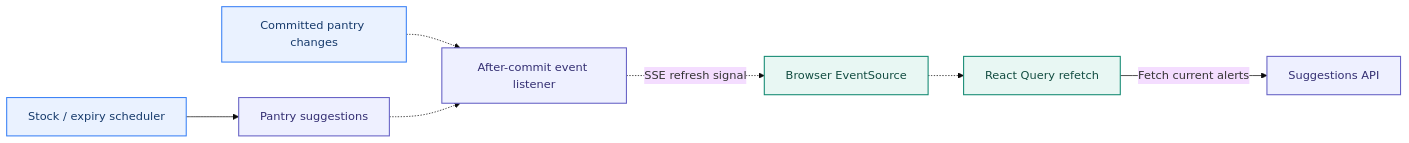
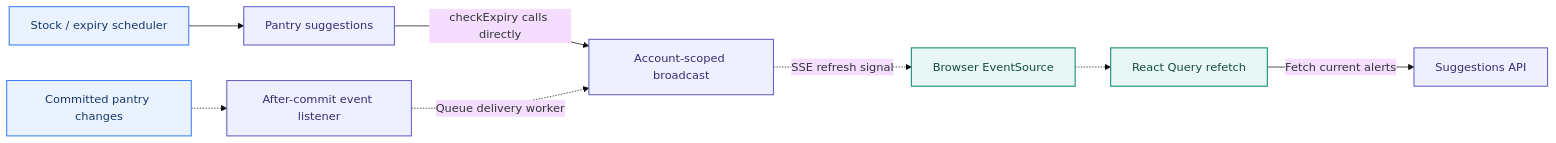
Before and after one commit to chankiahuja/pantry-pal: the second of 4 diagrams in docs/ARCHITECTURE.md, drawn with Mermaid (base theme). The commit also changed other lines of this file, not shown here.

Commit message:
docs: correct notification routing and Undo retry overview

````diff
--- a/docs/ARCHITECTURE.md
+++ b/docs/ARCHITECTURE.md
@@ -55,16 +55,17 @@
 ```mermaid
 flowchart LR
     Writes["Committed pantry changes"] -.-> Listener["After-commit event listener"]
     Schedule["Stock / expiry scheduler"] --> Service["Pantry suggestions"]
-    Service -.-> Listener
-    Listener -.->|"SSE refresh signal"| Browser["Browser EventSource"]
+    Service -->|"checkExpiry calls directly"| Broadcast["Account-scoped broadcast"]
+    Listener -.->|"Queue delivery worker"| Broadcast
+    Broadcast -.->|"SSE refresh signal"| Browser["Browser EventSource"]
     Browser -.-> Refresh["React Query refetch"]
     Refresh -->|"Fetch current alerts"| API["Suggestions API"]
 
     classDef trigger fill:#EAF2FF,stroke:#3B82F6,color:#163A6B,stroke-width:1.5px
     classDef process fill:#EEF0FF,stroke:#6661C5,color:#332E72,stroke-width:1.5px
     classDef signal fill:#E8F7F3,stroke:#138A72,color:#124D41,stroke-width:1.5px
     class Writes,Schedule trigger
-    class Listener,Service,API process
+    class Listener,Service,Broadcast,API process
     class Browser,Refresh signal
 ```
````
